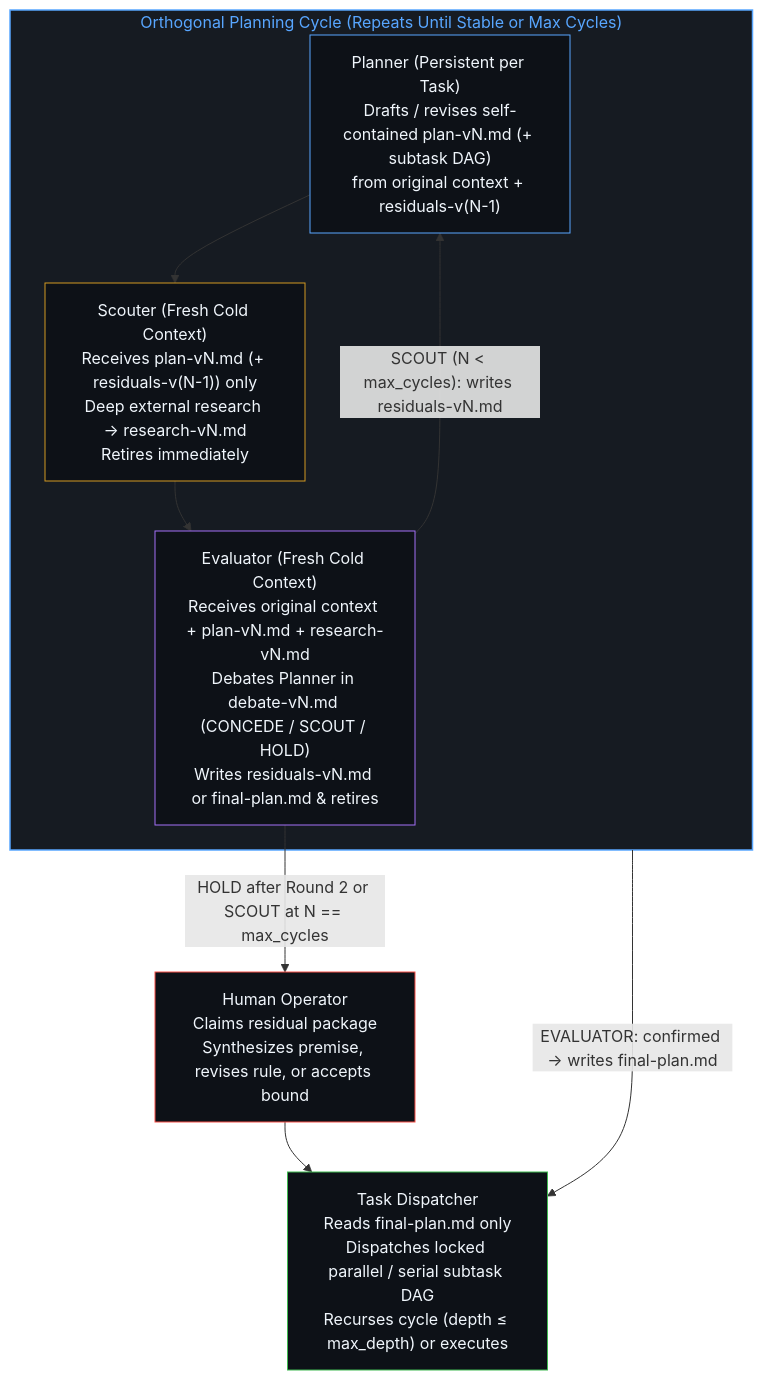
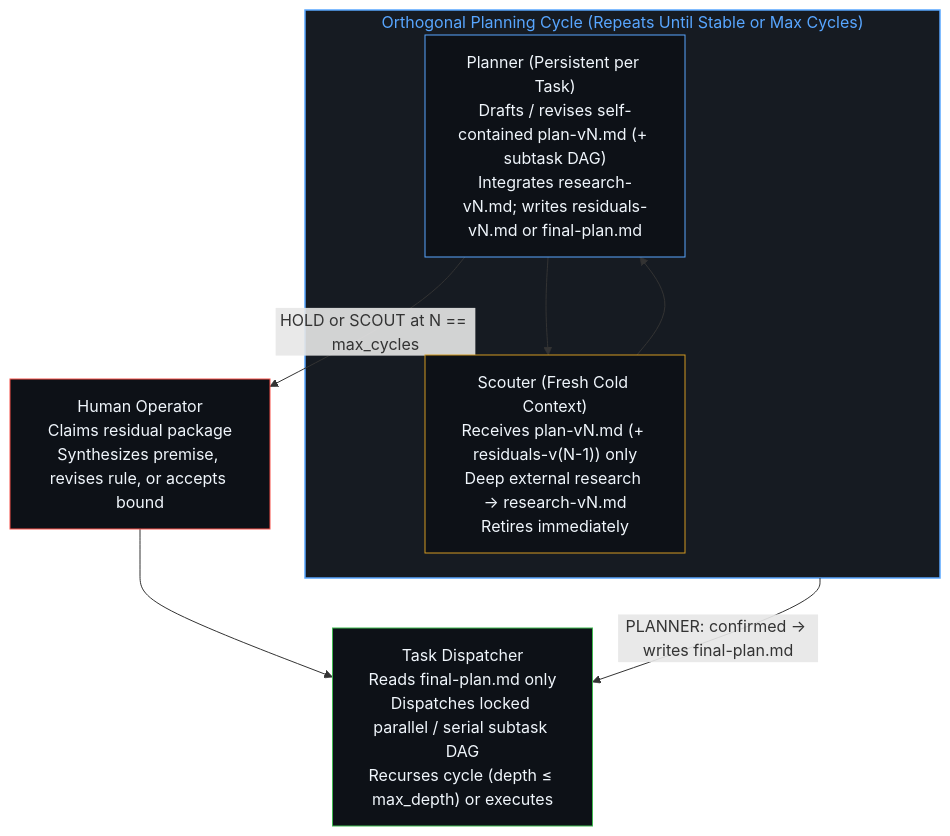
Before and after one commit to powerpig99/not-a-toe: the second of 3 diagrams in docs/wave-refinement-plan.md, drawn with Mermaid. The commit also changed other lines of this file and 15 other files, not shown here.

Commit message:
Drop cold critics from workflow; run Maker-only pipeline with deterministic gates

````diff
--- a/docs/wave-refinement-plan.md
+++ b/docs/wave-refinement-plan.md
@@ -388,22 +355,19 @@
 ```mermaid
 flowchart TD
     subgraph S_Cycle["Orthogonal Planning Cycle (Repeats Until Stable or Max Cycles)"]
-        P["Planner (Persistent per Task)<br/>Drafts / revises self-contained plan-vN.md (+ subtask DAG)<br/>from original context + residuals-v(N-1)"]
+        P["Planner (Persistent per Task)<br/>Drafts / revises self-contained plan-vN.md (+ subtask DAG)<br/>Integrates research-vN.md; writes residuals-vN.md or final-plan.md"]
         S["Scouter (Fresh Cold Context)<br/>Receives plan-vN.md (+ residuals-v(N-1)) only<br/>Deep external research → research-vN.md<br/>Retires immediately"]
-        E["Evaluator (Fresh Cold Context)<br/>Receives original context + plan-vN.md + research-vN.md<br/>Debates Planner in debate-vN.md (CONCEDE / SCOUT / HOLD)<br/>Writes residuals-vN.md or final-plan.md & retires"]
         P --> S
-        S --> E
-        E -->|"SCOUT (N < max_cycles): writes residuals-vN.md"| P
+        S --> P
     end
 
-    S_Cycle -->|"EVALUATOR: confirmed → writes final-plan.md"| TD["Task Dispatcher<br/>Reads final-plan.md only<br/>Dispatches locked parallel / serial subtask DAG<br/>Recurses cycle (depth ≤ max_depth) or executes"]
-    E -->|"HOLD after Round 2 or SCOUT at N == max_cycles"| Op["Human Operator<br/>Claims residual package<br/>Synthesizes premise, revises rule, or accepts bound"]
+    S_Cycle -->|"PLANNER: confirmed → writes final-plan.md"| TD["Task Dispatcher<br/>Reads final-plan.md only<br/>Dispatches locked parallel / serial subtask DAG<br/>Recurses cycle (depth ≤ max_depth) or executes"]
+    P -->|"HOLD or SCOUT at N == max_cycles"| Op["Human Operator<br/>Claims residual package<br/>Synthesizes premise, revises rule, or accepts bound"]
     Op --> TD
 
     style S_Cycle fill:#161b22,stroke:#58a6ff,stroke-width:1.5px,color:#58a6ff
     style P fill:#0d1117,stroke:#58a6ff,stroke-width:1px,color:#f0f6fc
     style S fill:#0d1117,stroke:#d29922,stroke-width:1px,color:#f0f6fc
-    style E fill:#0d1117,stroke:#a371f7,stroke-width:1px,color:#f0f6fc
     style TD fill:#0d1117,stroke:#3fb950,stroke-width:1px,color:#f0f6fc
     style Op fill:#0d1117,stroke:#f85149,stroke-width:1px,color:#f0f6fc
 ```
````
